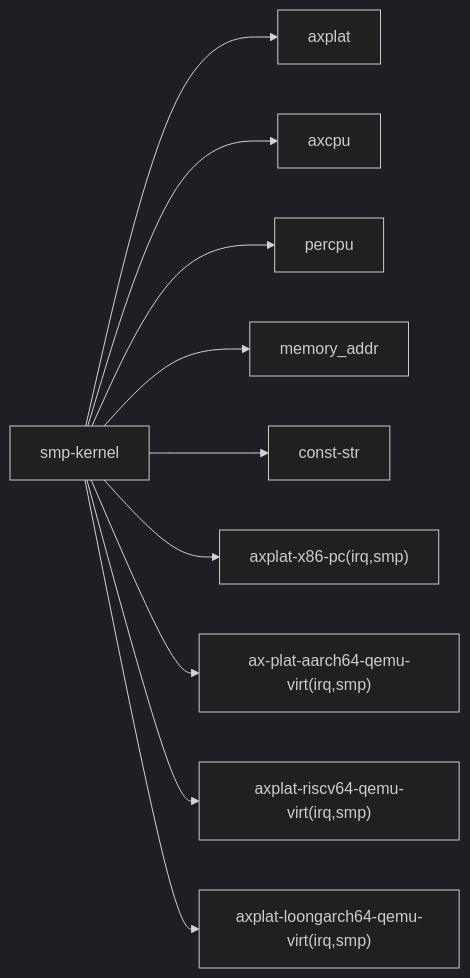
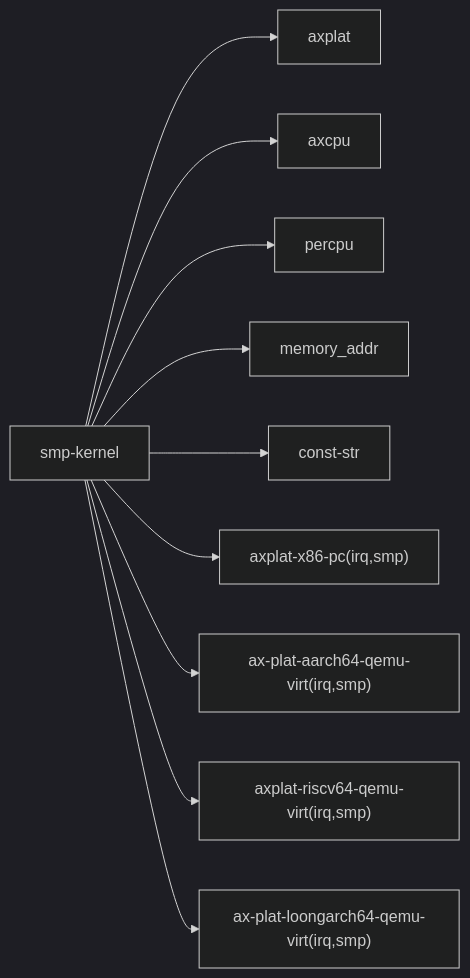
One commit to zKurisu/tgoskits changed the third of 3 diagrams in docs/crates/smp-kernel.md. Above: the diagram before and after it, drawn with Mermaid (dark theme). The commit also changed 34 other files, not shown here.

Commit message:
rename axplat-loongarch64-qemu-virt to ax-plat-loongarch64-qemu-virt

````diff
--- a/docs/crates/smp-kernel.md
+++ b/docs/crates/smp-kernel.md
@@ -98,12 +98,12 @@
 ```mermaid
 graph LR
     sample["smp-kernel"] --> axplat["axplat"]
     sample --> axcpu["axcpu"]
     sample --> percpu["percpu"]
     sample --> memaddr["memory_addr"]
     sample --> conststr["const-str"]
     sample --> x86["axplat-x86-pc(irq,smp)"]
     sample --> a64["ax-plat-aarch64-qemu-virt(irq,smp)"]
     sample --> rv["axplat-riscv64-qemu-virt(irq,smp)"]
-    sample --> loong["axplat-loongarch64-qemu-virt(irq,smp)"]
+    sample --> loong["ax-plat-loongarch64-qemu-virt(irq,smp)"]
 ```
````
